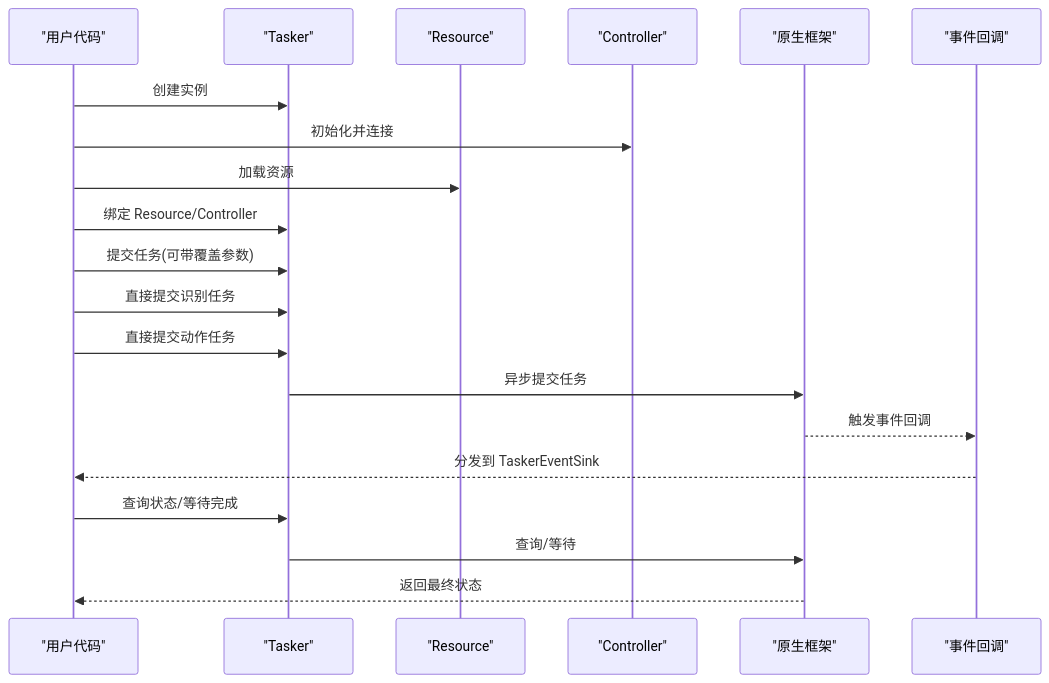
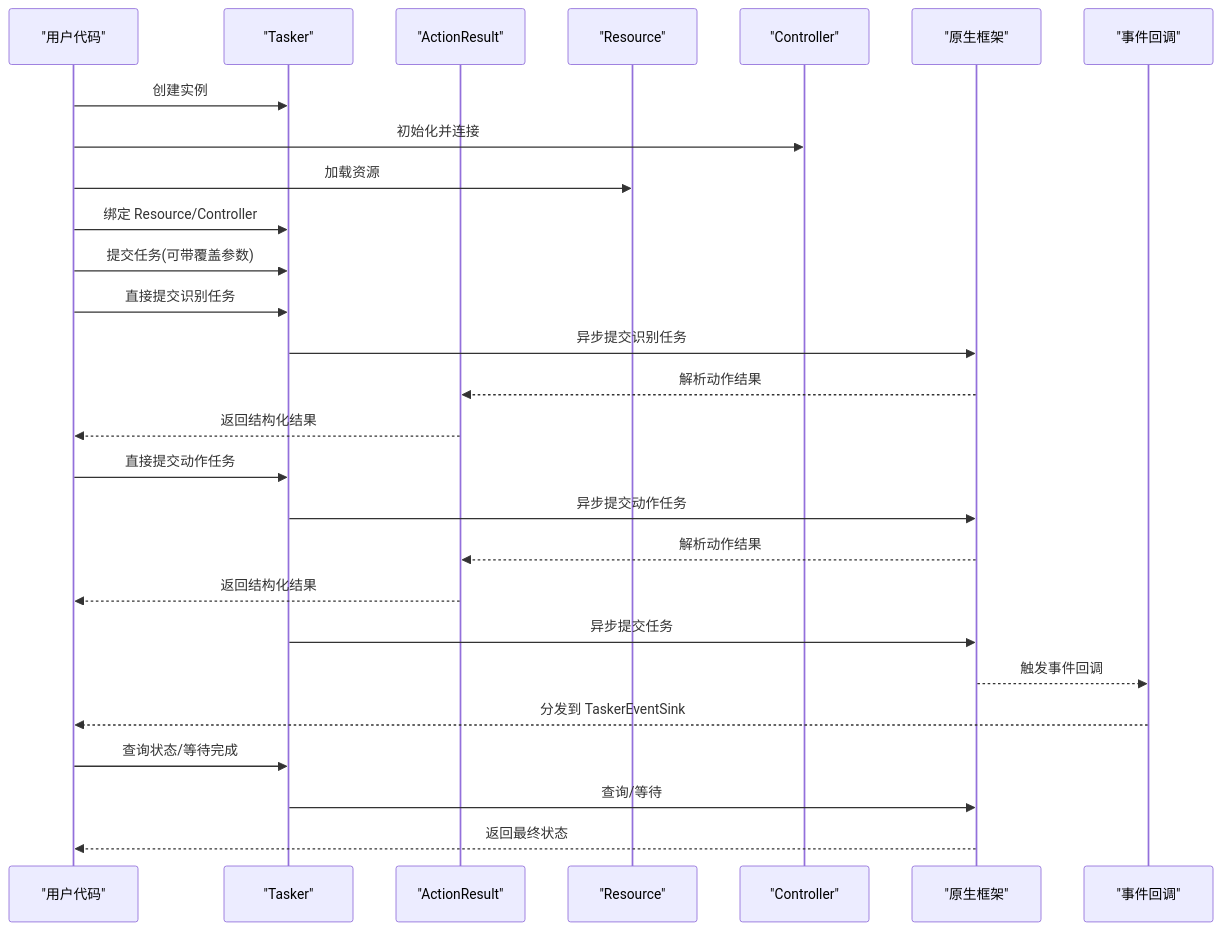
One commit to kqcoxn/MaaPipelineEditor changed the second of 8 diagrams in instructions/maafw-golang-binding/核心概念/任务管理器 (Tasker).md. Above: the diagram before and after it, drawn with Mermaid. The commit also changed other lines of this file and 10 other files, not shown here.

````diff
--- a/instructions/maafw-golang-binding/核心概念/任务管理器 (Tasker).md
+++ b/instructions/maafw-golang-binding/核心概念/任务管理器 (Tasker).md
@@ -111,22 +133,29 @@
 ```mermaid
 sequenceDiagram
 participant U as "用户代码"
 participant T as "Tasker"
+participant AR as "ActionResult"
 participant R as "Resource"
 participant C as "Controller"
 participant N as "原生框架"
 participant CB as "事件回调"
 U->>T : 创建实例
 U->>C : 初始化并连接
 U->>R : 加载资源
 U->>T : 绑定 Resource/Controller
 U->>T : 提交任务(可带覆盖参数)
 U->>T : 直接提交识别任务
+T->>N : 异步提交识别任务
+N-->>AR : 解析动作结果
+AR-->>U : 返回结构化结果
 U->>T : 直接提交动作任务
+T->>N : 异步提交动作任务
+N-->>AR : 解析动作结果
+AR-->>U : 返回结构化结果
 T->>N : 异步提交任务
 N-->>CB : 触发事件回调
 CB-->>U : 分发到 TaskerEventSink
 U->>T : 查询状态/等待完成
 T->>N : 查询/等待
 N-->>U : 返回最终状态
 ```
````
